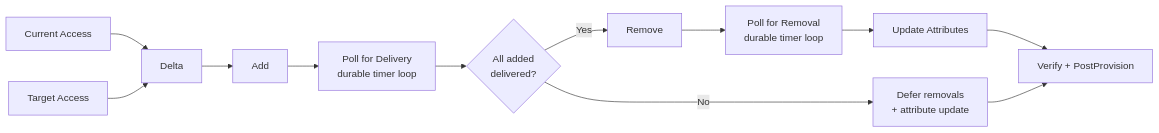
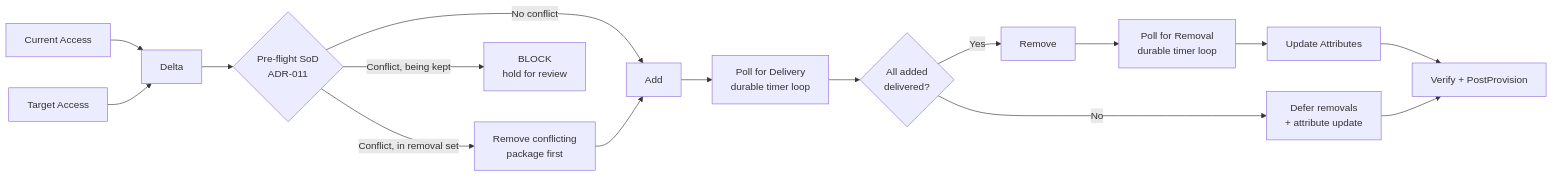
The second of 5 diagrams in READme.md (donhenzo/JML-EnigneV2), drawn with Mermaid before and after one commit. The commit also changed other lines of this file, not shown here.

````diff
--- a/READme.md
+++ b/READme.md
@@ -58,11 +59,15 @@
 ```mermaid
 flowchart LR
     CUR["Current Access"] --> DELTA["Delta"]
     TGT["Target Access"] --> DELTA
-    DELTA --> ADD["Add"]
+    DELTA --> PREFLIGHT{"Pre-flight SoD<br/>ADR-011"}
+    PREFLIGHT -->|"No conflict"| ADD["Add"]
+    PREFLIGHT -->|"Conflict, in removal set"| REMFIRST["Remove conflicting<br/>package first"]
+    PREFLIGHT -->|"Conflict, being kept"| BLOCK["BLOCK<br/>hold for review"]
+    REMFIRST --> ADD
     ADD --> POLL1["Poll for Delivery<br/>durable timer loop"]
     POLL1 --> GATE{"All added<br/>delivered?"}
     GATE -->|Yes| REM["Remove"] --> POLL2["Poll for Removal<br/>durable timer loop"]
     POLL2 --> ATTR["Update Attributes"] --> VER["Verify + PostProvision"]
     GATE -->|No| DEFER["Defer removals<br/>+ attribute update"] --> VER
 ```
````
